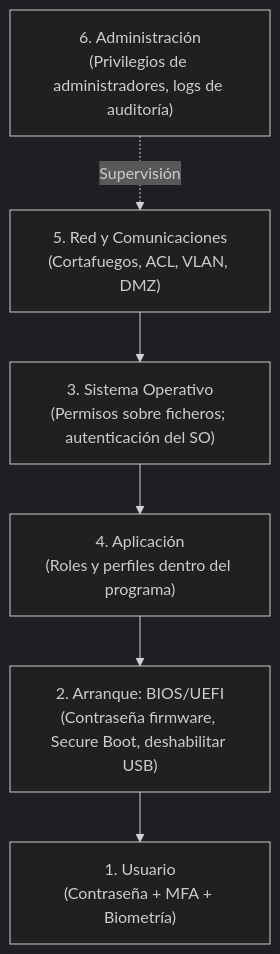
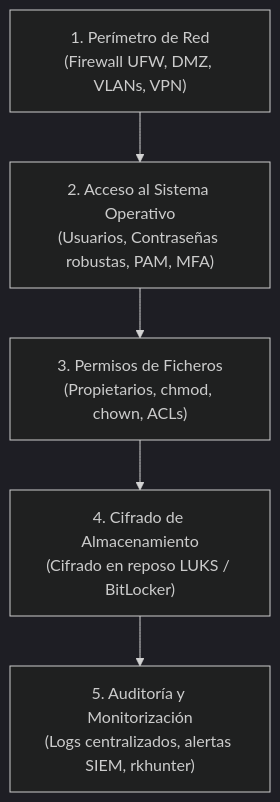
One commit to JohnDSil/apuntes_asir changed the first of 5 diagrams in docs/2-curso/sad/03-control-acceso-criptografia.md. Above: the diagram before and after it, drawn with Mermaid (dark theme). The commit also changed other lines of this file and 5 other files, not shown here.

````diff
--- a/docs/2-curso/sad/03-control-acceso-criptografia.md
+++ b/docs/2-curso/sad/03-control-acceso-criptografia.md
@@ -11,12 +28,10 @@
 ```mermaid
 flowchart TD
-    Net["5. Red y Comunicaciones\n(Cortafuegos, ACL, VLAN, DMZ)"]
-    OS["3. Sistema Operativo\n(Permisos sobre ficheros; autenticación del SO)"]
-    App["4. Aplicación\n(Roles y perfiles dentro del programa)"]
-    Boot["2. Arranque: BIOS/UEFI\n(Contraseña firmware, Secure Boot, deshabilitar USB)"]
-    User["1. Usuario\n(Contraseña + MFA + Biometría)"]
-    Admin["6. Administración\n(Privilegios de administradores, logs de auditoría)"]
+    Cap1["1. Perímetro de Red\n(Firewall UFW, DMZ, VLANs, VPN)"]
+    Cap2["2. Acceso al Sistema Operativo\n(Usuarios, Contraseñas robustas, PAM, MFA)"]
+    Cap3["3. Permisos de Ficheros\n(Propietarios, chmod, chown, ACLs)"]
+    Cap4["4. Cifrado de Almacenamiento\n(Cifrado en reposo LUKS / BitLocker)"]
+    Cap5["5. Auditoría y Monitorización\n(Logs centralizados, alertas SIEM, rkhunter)"]
 
-    Net --> OS --> App --> Boot --> User
-    Admin -.->|"Supervisión"| Net
+    Cap1 --> Cap2 --> Cap3 --> Cap4 --> Cap5
 ```
````
